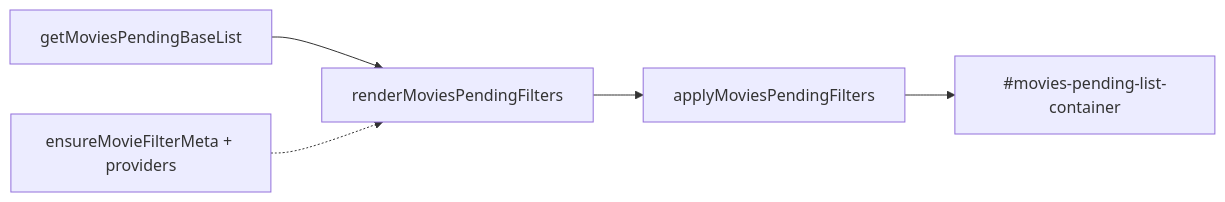
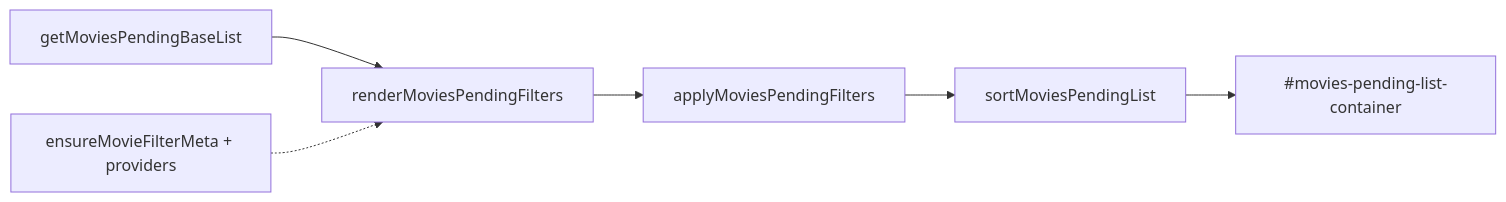
One commit to mruiz087/SeenIt changed the diagram in docs/08-peliculas-y-filtros.md. Above: the diagram before and after it, drawn with Mermaid. The commit also changed other lines of this file and 23 other files, not shown here.

````diff
--- a/docs/08-peliculas-y-filtros.md
+++ b/docs/08-peliculas-y-filtros.md
@@ -28,7 +35,8 @@
 ```mermaid
 flowchart LR
   Base[getMoviesPendingBaseList] --> FiltersUI[renderMoviesPendingFilters]
   FiltersUI --> Apply[applyMoviesPendingFilters]
-  Apply --> Grid[#movies-pending-list-container]
+  Apply --> Sort[sortMoviesPendingList]
+  Sort --> Grid[#movies-pending-list-container]
   BG[ensureMovieFilterMeta + providers] -.-> FiltersUI
 ```
````
